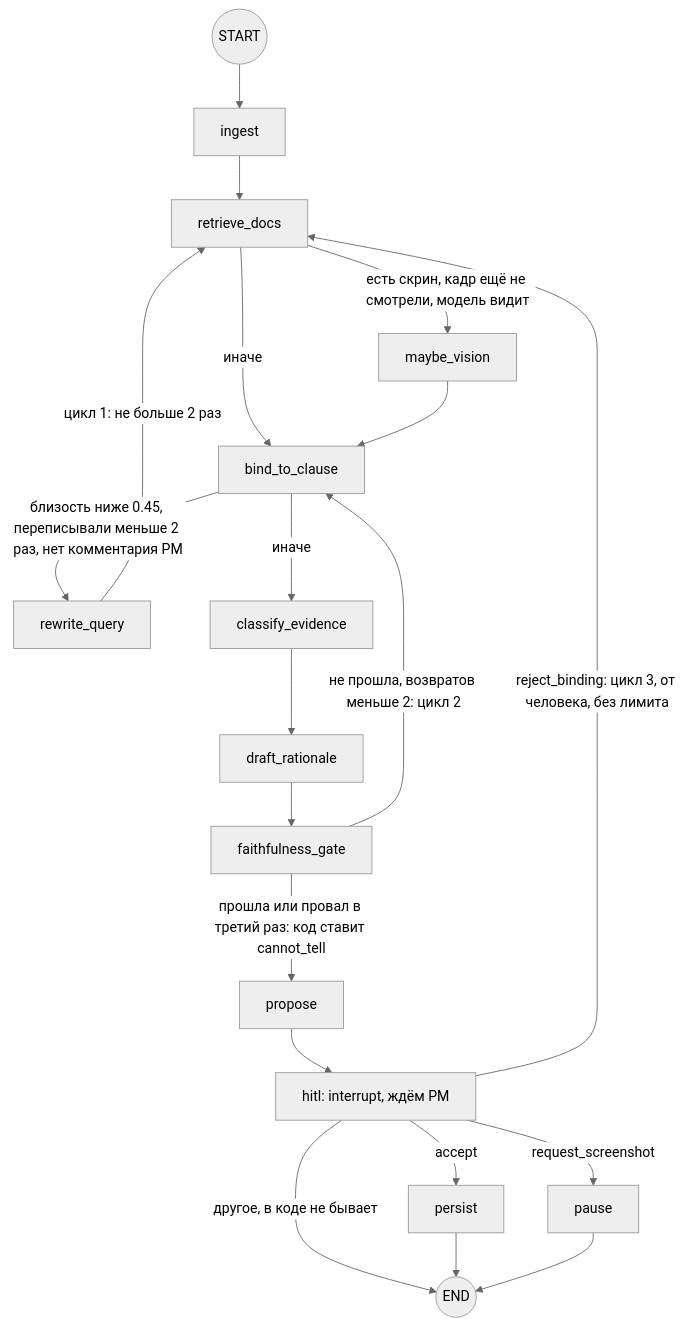
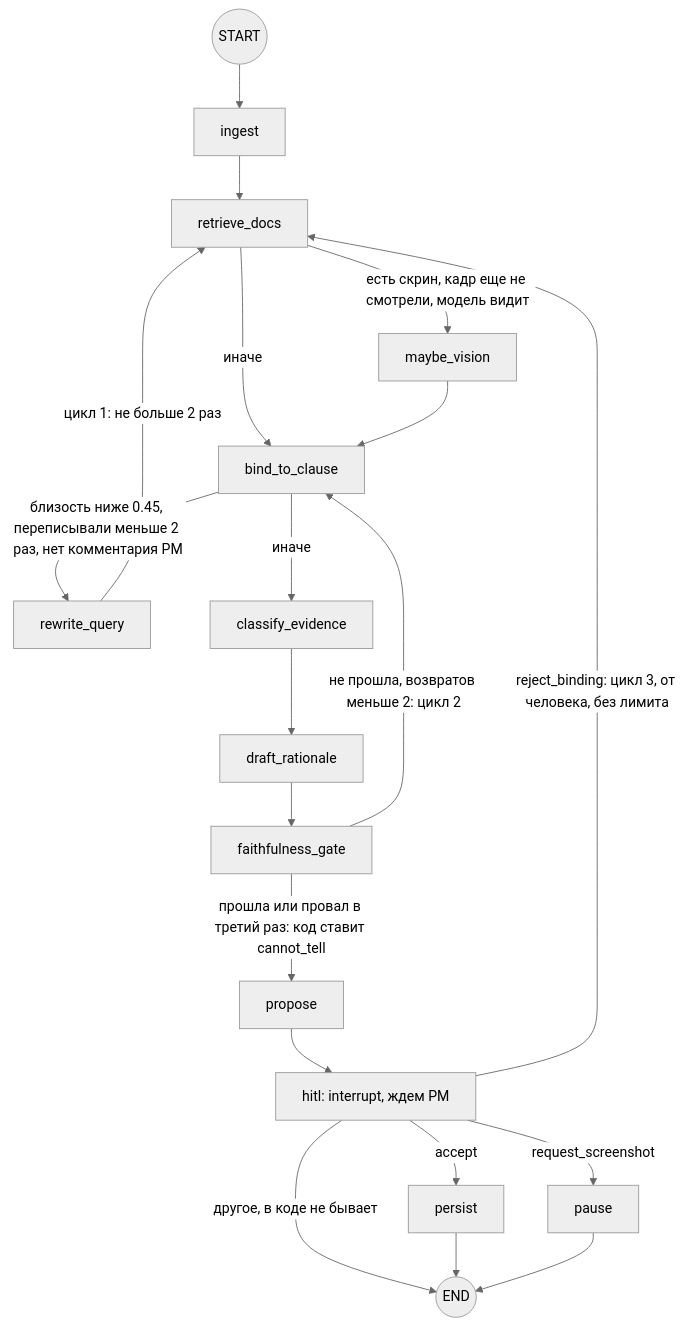
One commit to Dunenbetov/remark-round changed the first of 2 diagrams in docs/GRAPH.md. Above: the diagram before and after it, drawn with Mermaid (neutral theme). The commit also changed other lines of this file and 33 other files, not shown here.

````diff
--- a/docs/GRAPH.md
+++ b/docs/GRAPH.md
@@ -61,22 +61,22 @@
 ```mermaid
 flowchart TD
   start0(("START")) --> ingest["ingest"]
   ingest --> retrieve["retrieve_docs"]
-  retrieve -->|"есть скрин, кадр ещё не смотрели, модель видит"| vision["maybe_vision"]
+  retrieve -->|"есть скрин, кадр еще не смотрели, модель видит"| vision["maybe_vision"]
   retrieve -->|"иначе"| bind["bind_to_clause"]
   vision --> bind
   bind -->|"близость ниже 0.45, переписывали меньше 2 раз, нет комментария PM"| rewrite["rewrite_query"]
   rewrite -->|"цикл 1: не больше 2 раз"| retrieve
   bind -->|"иначе"| classify["classify_evidence"]
   classify --> draft["draft_rationale"]
   draft --> faith["faithfulness_gate"]
   faith -->|"не прошла, возвратов меньше 2: цикл 2"| bind
   faith -->|"прошла или провал в третий раз: код ставит cannot_tell"| propose["propose"]
-  propose --> hitl["hitl: interrupt, ждём PM"]
+  propose --> hitl["hitl: interrupt, ждем PM"]
   hitl -->|"accept"| persist["persist"]
   hitl -->|"reject_binding: цикл 3, от человека, без лимита"| retrieve
   hitl -->|"request_screenshot"| pause["pause"]
   hitl -->|"другое, в коде не бывает"| stop0(("END"))
   persist --> stop0
   pause --> stop0
 ```
````
